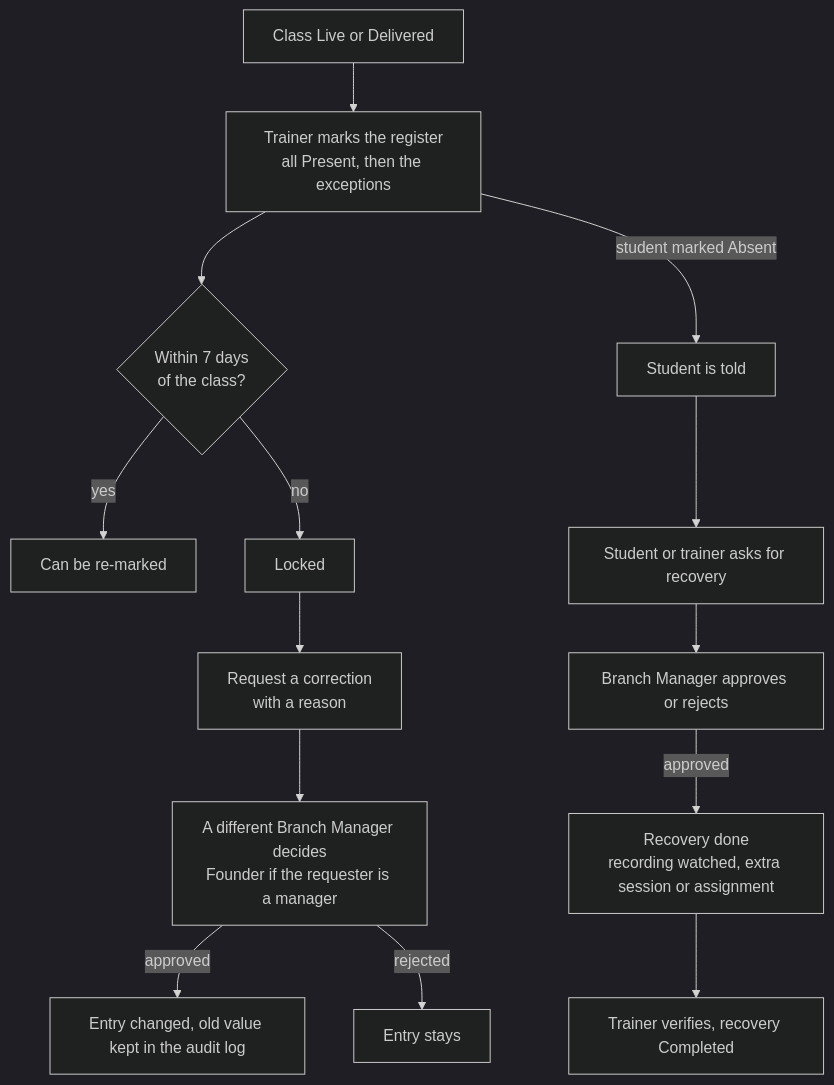
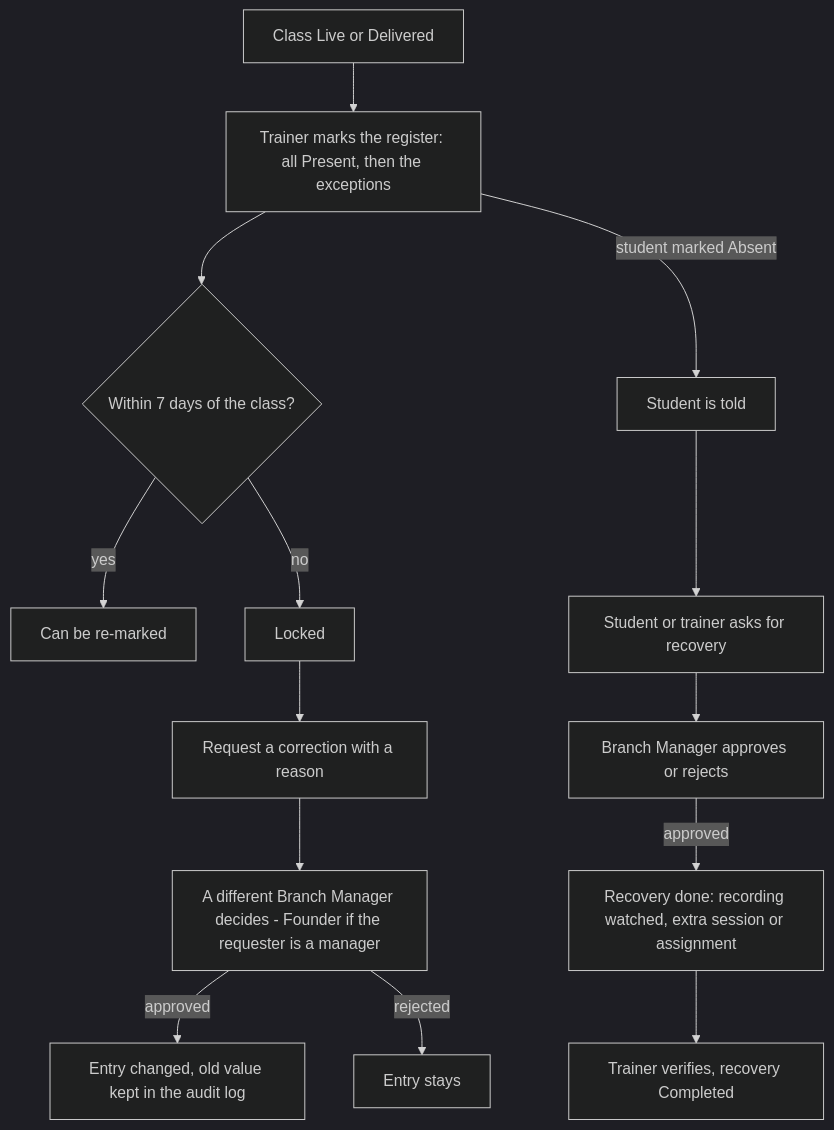
Before and after one commit to misterpk-18/nipunalms: the ninth of 17 diagrams in docs/PRODUCT_GUIDE.md, drawn with Mermaid (dark theme). The commit also changed other lines of this file, not shown here.

Commit message:
Product guide: simpler Mermaid syntax, taller layouts, assignment and test charts split

````diff
--- a/docs/PRODUCT_GUIDE.md
+++ b/docs/PRODUCT_GUIDE.md
@@ -190,16 +191,16 @@
 ```mermaid
 flowchart TD
-    A["Class Live or Delivered"] --> B["Trainer marks the register<br/>all Present, then the exceptions"]
-    B --> C{"Within 7 days<br/>of the class?"}
+    A["Class Live or Delivered"] --> B["Trainer marks the register: all Present, then the exceptions"]
+    B --> C{"Within 7 days of the class?"}
     C -->|"yes"| D["Can be re-marked"]
     C -->|"no"| E["Locked"]
-    E --> F["Request a correction<br/>with a reason"]
-    F --> G["A different Branch Manager decides<br/>Founder if the requester is a manager"]
+    E --> F["Request a correction with a reason"]
+    F --> G["A different Branch Manager decides - Founder if the requester is a manager"]
     G -->|"approved"| H["Entry changed, old value kept in the audit log"]
     G -->|"rejected"| I["Entry stays"]
     B -->|"student marked Absent"| J["Student is told"]
     J --> K["Student or trainer asks for recovery"]
     K --> L["Branch Manager approves or rejects"]
-    L -->|"approved"| M["Recovery done<br/>recording watched, extra session or assignment"]
+    L -->|"approved"| M["Recovery done: recording watched, extra session or assignment"]
     M --> N["Trainer verifies, recovery Completed"]
 ```
````
